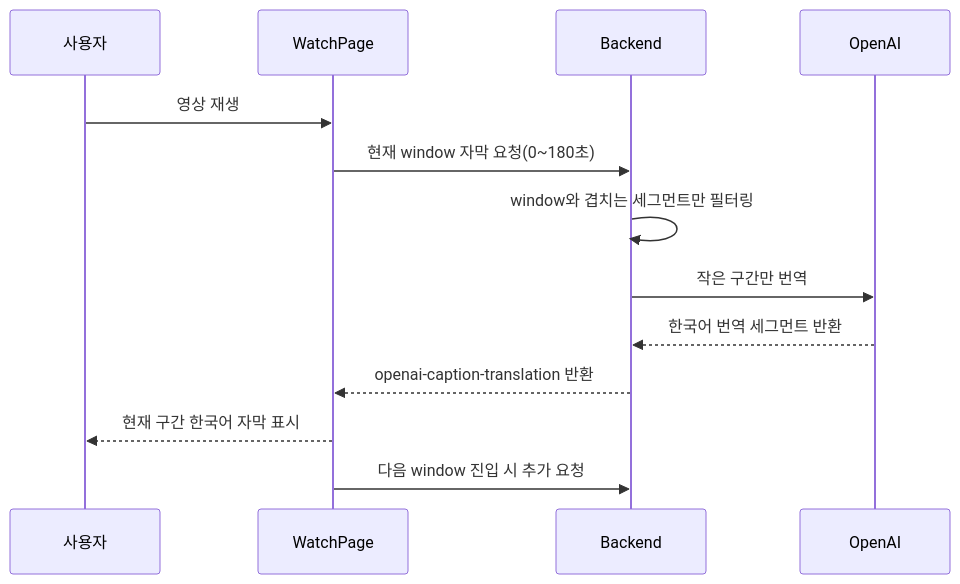
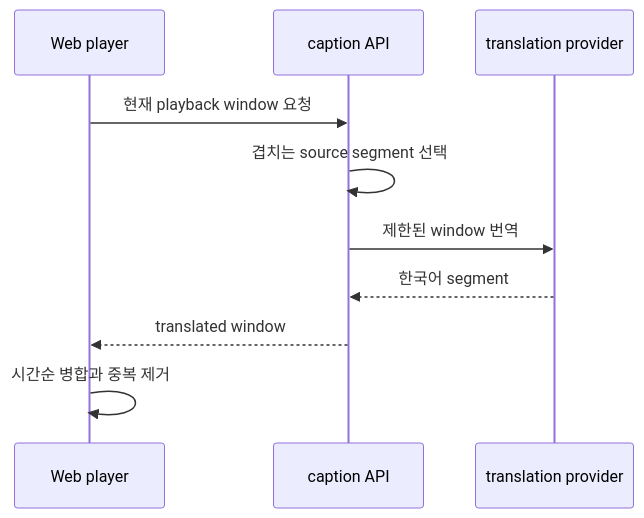
One commit to NearthYou/Studytube changed the diagram in docs/solutions/integration-issues/caption-window-translation-troubleshooting.md. Above: the diagram before and after it, drawn with Mermaid. The commit also changed other lines of this file and 45 other files, not shown here.

````diff
--- a/docs/solutions/integration-issues/caption-window-translation-troubleshooting.md
+++ b/docs/solutions/integration-issues/caption-window-translation-troubleshooting.md
@@ -274,16 +30,13 @@
 ```mermaid
 sequenceDiagram
-    participant User as 사용자
-    participant Web as WatchPage
-    participant API as Backend
-    participant AI as OpenAI
+    participant Player as Web player
+    participant API as caption API
+    participant Provider as translation provider
 
-    User->>Web: 영상 재생
-    Web->>API: 현재 window 자막 요청(0~180초)
-    API->>API: window와 겹치는 세그먼트만 필터링
-    API->>AI: 작은 구간만 번역
-    AI-->>API: 한국어 번역 세그먼트 반환
-    API-->>Web: openai-caption-translation 반환
-    Web-->>User: 현재 구간 한국어 자막 표시
-    Web->>API: 다음 window 진입 시 추가 요청
+    Player->>API: 현재 playback window 요청
+    API->>API: 겹치는 source segment 선택
+    API->>Provider: 제한된 window 번역
+    Provider-->>API: 한국어 segment
+    API-->>Player: translated window
+    Player->>Player: 시간순 병합과 중복 제거
 ```
````
